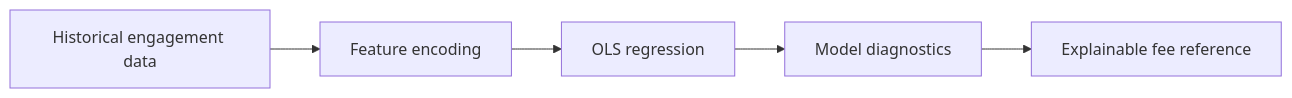
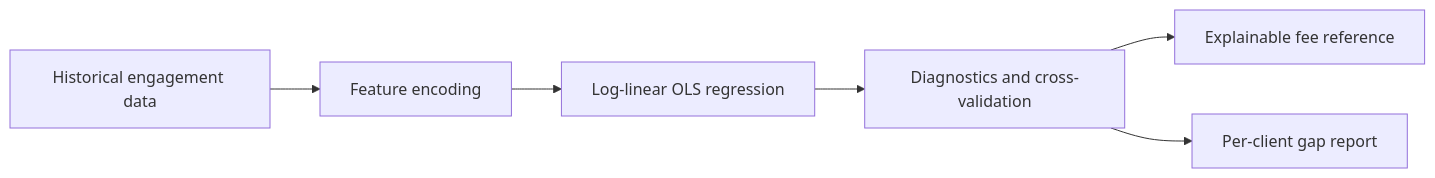
The diagram in README.md (christineliu0221-tech/cpa-pricing-analytics), drawn with Mermaid before and after one commit. The commit also changed other lines of this file and 4 other files, not shown here.

First line of the commit message:
Sync with latest pricing engine: log-linear model, cross-validation, gap export

````diff
--- a/README.md
+++ b/README.md
@@ -26,7 +29,8 @@
 ```mermaid
 flowchart LR
     A[Historical engagement data] --> B[Feature encoding]
-    B --> C[OLS regression]
-    C --> D[Model diagnostics]
+    B --> C[Log-linear OLS regression]
+    C --> D[Diagnostics and cross-validation]
     D --> E[Explainable fee reference]
+    D --> F[Per-client gap report]
 ```
````
